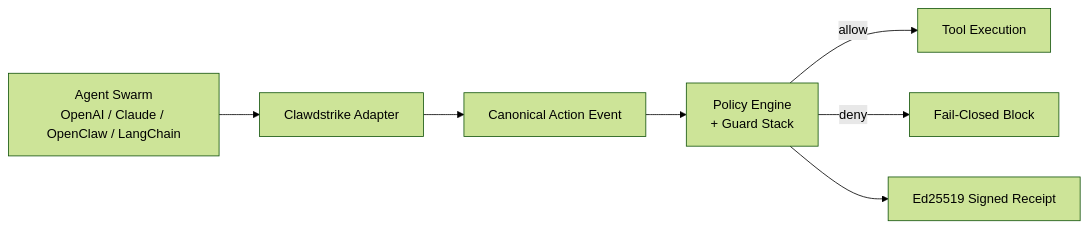
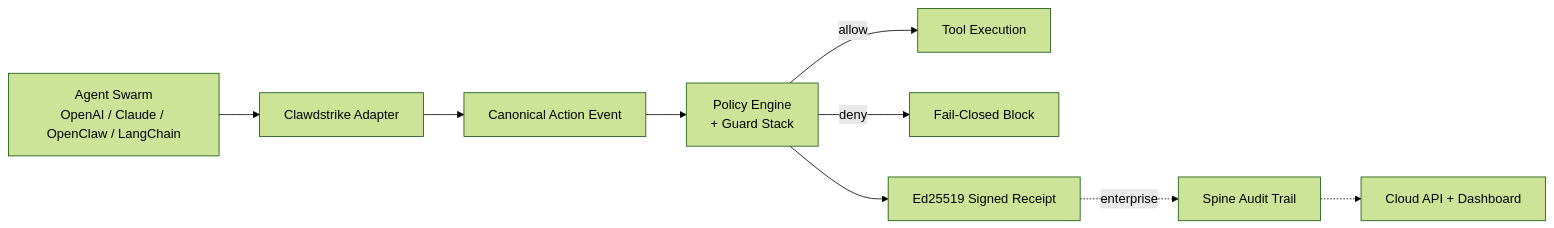
The first of 3 diagrams in README.md (ddavid37/clawdstrike), drawn with Mermaid (forest theme) before and after one commit. The commit also changed other lines of this file and 80 other files, not shown here.

````diff
--- a/README.md
+++ b/README.md
@@ -158,9 +160,11 @@
 ```mermaid
 flowchart LR
     A[Agent Swarm<br/>OpenAI / Claude / OpenClaw / LangChain] --> B[Clawdstrike Adapter]
     B --> C[Canonical Action Event]
     C --> D[Policy Engine<br/>+ Guard Stack]
     D -->|allow| E[Tool Execution]
     D -->|deny| F[Fail-Closed Block]
     D --> G[Ed25519 Signed Receipt]
+    G -.->|enterprise| H[Spine Audit Trail]
+    H -.-> I[Cloud API + Dashboard]
 ```
````
